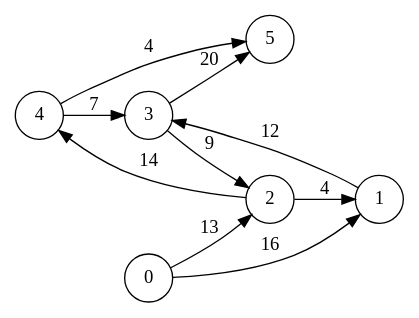
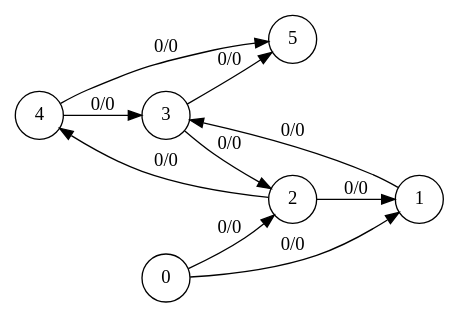
The diagram in graphs/graph4.dot (aurelienmichaud/ocaml-ford-fulkerson), drawn with Graphviz before and after one commit. The commit also changed 23 other files, not shown here.

Commit message:
repair export and tested flownet svg on flownet10

```diff
--- a/graphs/graph4.dot
+++ b/graphs/graph4.dot
@@ -1,14 +1,13 @@
 digraph finite_state_machine {
 	rankdir=LR;
-	size="8,5"
 	node [shape = circle];
-	4 -> 5 [ label = "4" ];
-	4 -> 3 [ label = "7" ];
-	3 -> 5 [ label = "20" ];
-	3 -> 2 [ label = "9" ];
-	2 -> 4 [ label = "14" ];
-	2 -> 1 [ label = "4" ];
-	1 -> 3 [ label = "12" ];
-	0 -> 2 [ label = "13" ];
-	0 -> 1 [ label = "16" ];
+	4 -> 5 [ label = "0/0" ];
+	4 -> 3 [ label = "0/0" ];
+	3 -> 5 [ label = "0/0" ];
+	3 -> 2 [ label = "0/0" ];
+	2 -> 4 [ label = "0/0" ];
+	2 -> 1 [ label = "0/0" ];
+	1 -> 3 [ label = "0/0" ];
+	0 -> 2 [ label = "0/0" ];
+	0 -> 1 [ label = "0/0" ];
 }
```
